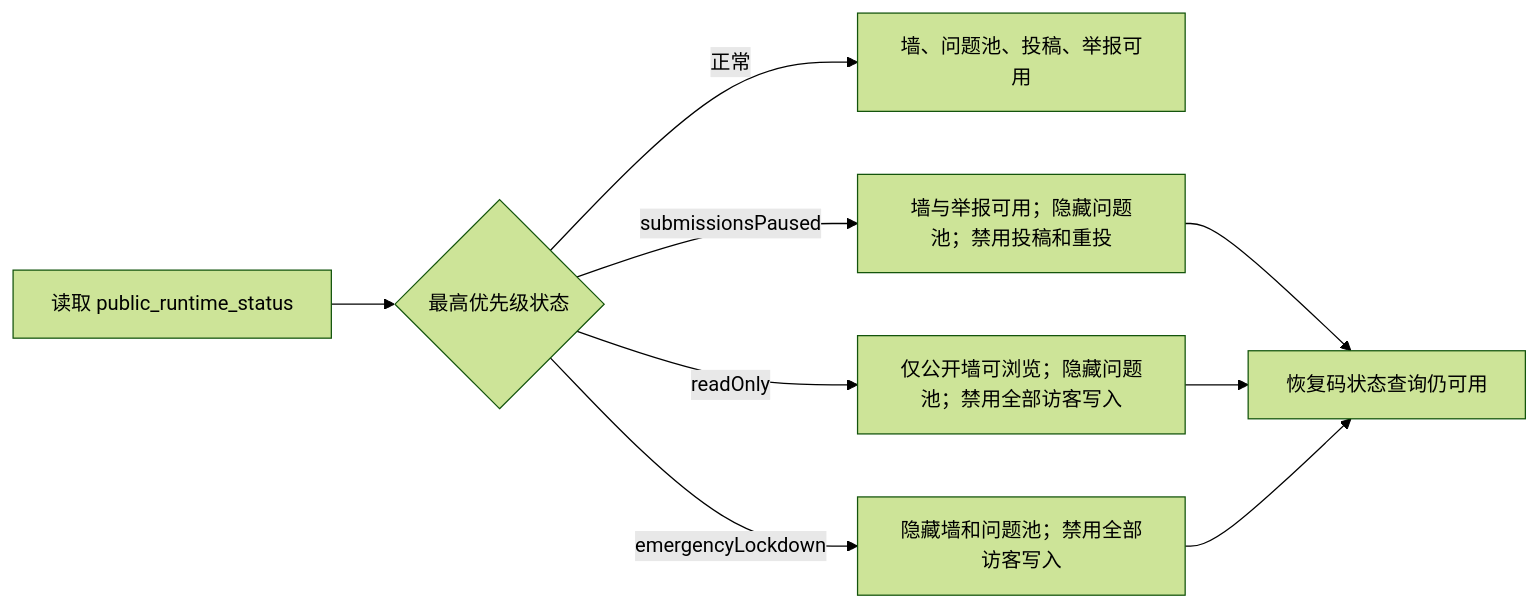
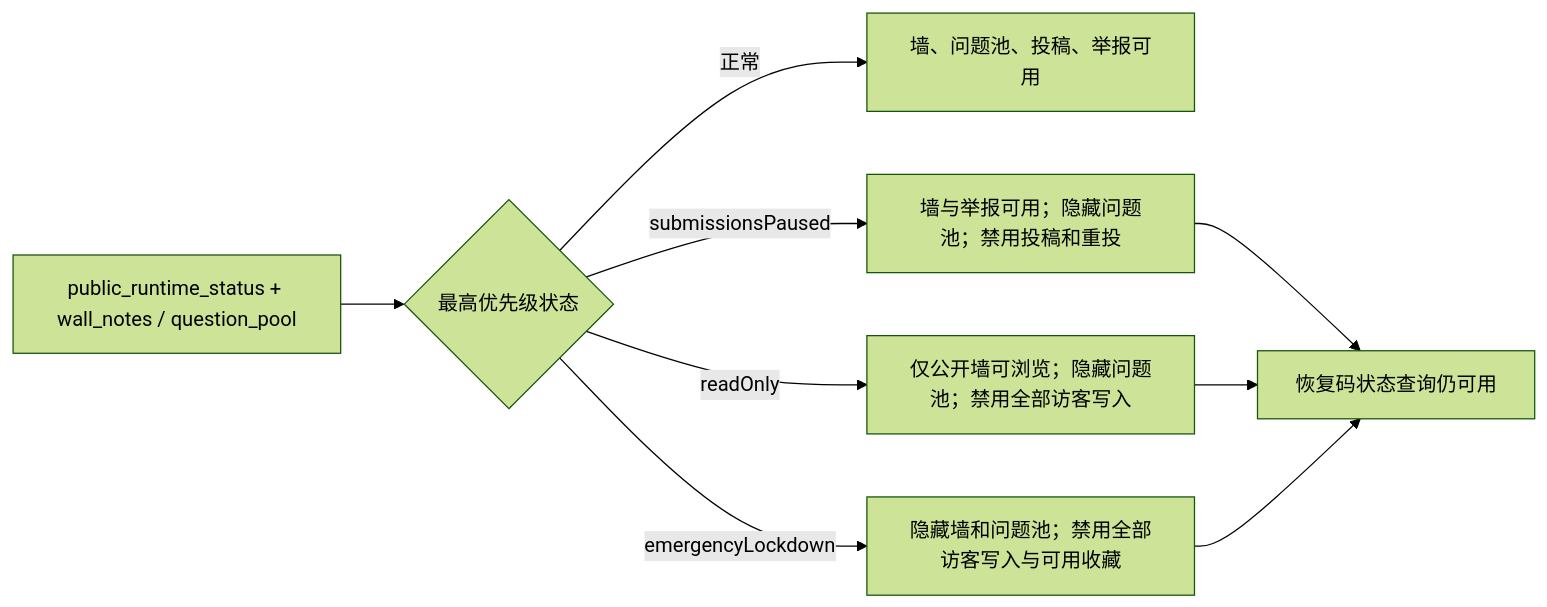
One commit to GDZ7274/intergenerational-question-wall changed the fourth of 4 diagrams in docs/FLOWS.md. Above: the diagram before and after it, drawn with Mermaid (forest theme). The commit also changed other lines of this file and 17 other files, not shown here.

````diff
--- a/docs/FLOWS.md
+++ b/docs/FLOWS.md
@@ -124,11 +145,11 @@
 ```mermaid
 flowchart LR
-    A["读取 public_runtime_status"] --> B{"最高优先级状态"}
+    A["public_runtime_status + wall_notes / question_pool"] --> B{"最高优先级状态"}
     B -->|"正常"| C["墙、问题池、投稿、举报可用"]
     B -->|"submissionsPaused"| D["墙与举报可用；隐藏问题池；禁用投稿和重投"]
     B -->|"readOnly"| E["仅公开墙可浏览；隐藏问题池；禁用全部访客写入"]
-    B -->|"emergencyLockdown"| F["隐藏墙和问题池；禁用全部访客写入"]
+    B -->|"emergencyLockdown"| F["隐藏墙和问题池；禁用全部访客写入与可用收藏"]
     D --> G["恢复码状态查询仍可用"]
     E --> G
     F --> G
 ```
````
